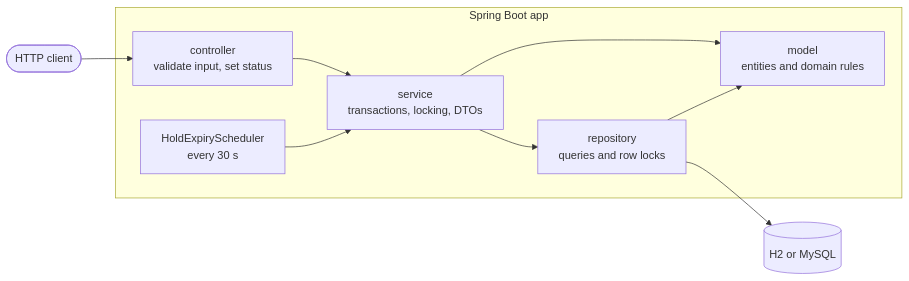
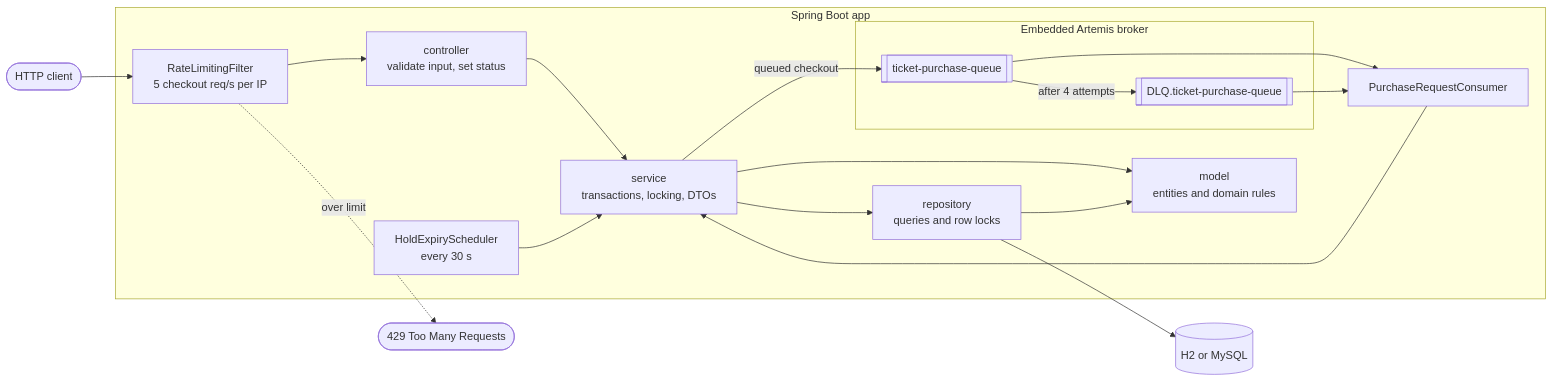
One commit to mohanarevarapu-commits/SeatLock changed the first of 6 diagrams in docs/ARCHITECTURE.md. Above: the diagram before and after it, drawn with Mermaid. The commit also changed other lines of this file, not shown here.

First line of the commit message:
Update architecture guide for rate limiting and queued checkout

````diff
--- a/docs/ARCHITECTURE.md
+++ b/docs/ARCHITECTURE.md
@@ -8,12 +8,23 @@
 ```mermaid
 flowchart LR
-    client([HTTP client]) --> controller
+    client([HTTP client]) --> limiter
     subgraph app [Spring Boot app]
+        limiter[RateLimitingFilter<br/>5 checkout req/s per IP] --> controller
         controller[controller<br/>validate input, set status] --> service[service<br/>transactions, locking, DTOs]
         service --> repository[repository<br/>queries and row locks]
         service --> model[model<br/>entities and domain rules]
         repository --> model
         scheduler[HoldExpiryScheduler<br/>every 30 s] --> service
+        subgraph broker [Embedded Artemis broker]
+            queue[[ticket-purchase-queue]]
+            dlq[[DLQ.ticket-purchase-queue]]
+        end
+        service -- queued checkout --> queue
+        queue --> consumer[PurchaseRequestConsumer]
+        queue -- after 4 attempts --> dlq
+        dlq --> consumer
+        consumer --> service
     end
+    limiter -. over limit .-> r429([429 Too Many Requests])
     repository --> db[(H2 or MySQL)]
 ```
````
